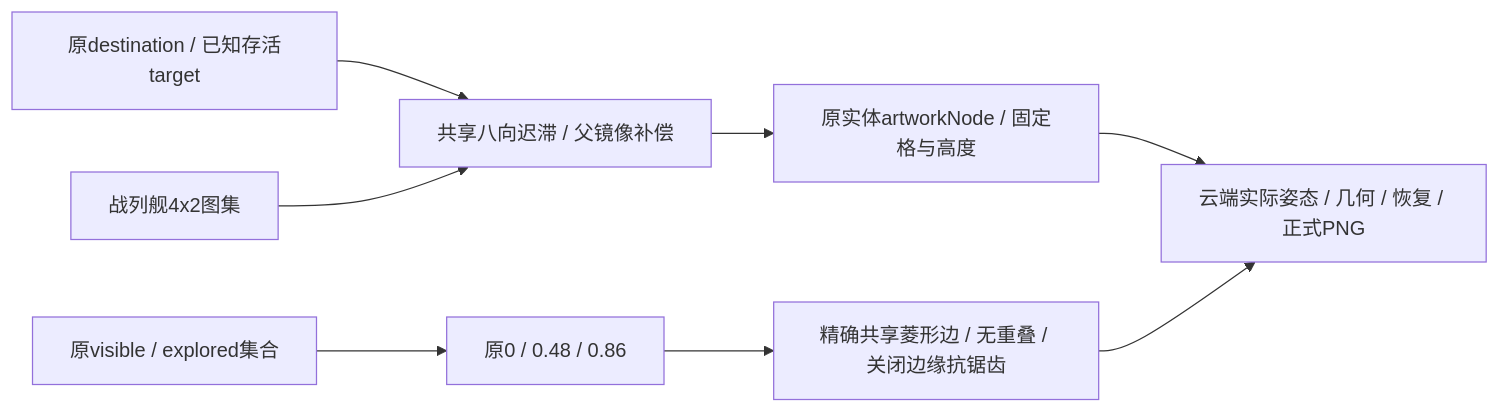
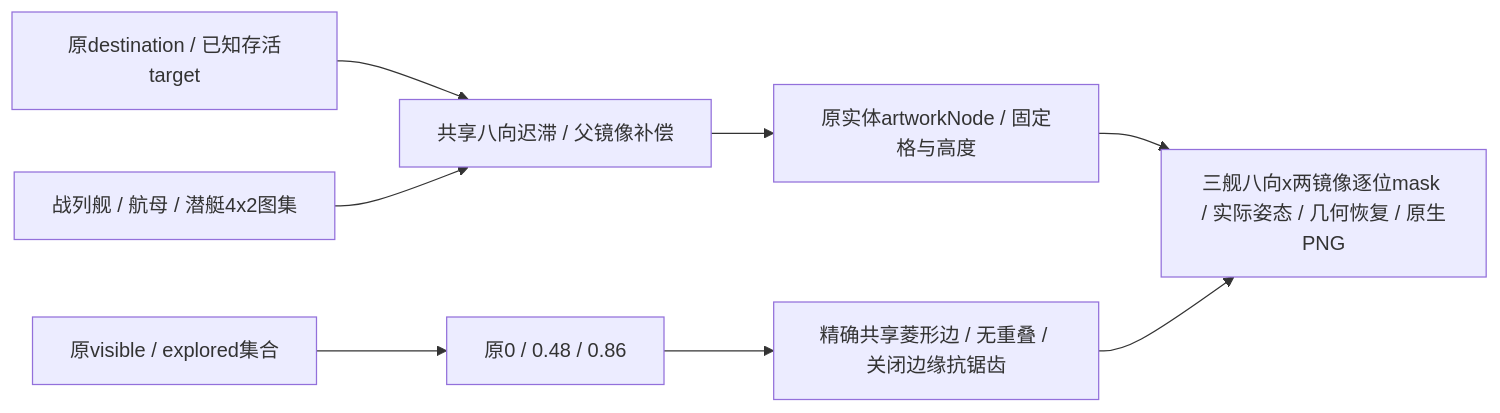
Before and after one commit to Altman-sam114/1145: diagram 13 of 13 in md/flow/flowchart.md, drawn with Mermaid. The commit also changed other lines of this file and 14 other files, not shown here.

````diff
--- a/md/flow/flowchart.md
+++ b/md/flow/flowchart.md
@@ -402,10 +402,10 @@
 ```mermaid
 flowchart LR
   State[原destination / 已知存活target] --> Facing[共享八向迟滞 / 父镜像补偿]
-  Atlas[战列舰4x2图集] --> Facing
+  Atlas[战列舰 / 航母 / 潜艇4x2图集] --> Facing
   Facing --> Hull[原实体artworkNode / 固定格与高度]
   Fog[原visible / explored集合] --> Alpha[原0 / 0.48 / 0.86]
   Alpha --> Tiles[精确共享菱形边 / 无重叠 / 关闭边缘抗锯齿]
-  Hull --> Evidence[云端实际姿态 / 几何 / 恢复 / 正式PNG]
+  Hull --> Evidence[三舰八向x两镜像逐位mask / 实际姿态 / 几何恢复 / 原生PNG]
   Tiles --> Evidence
 ```
````
